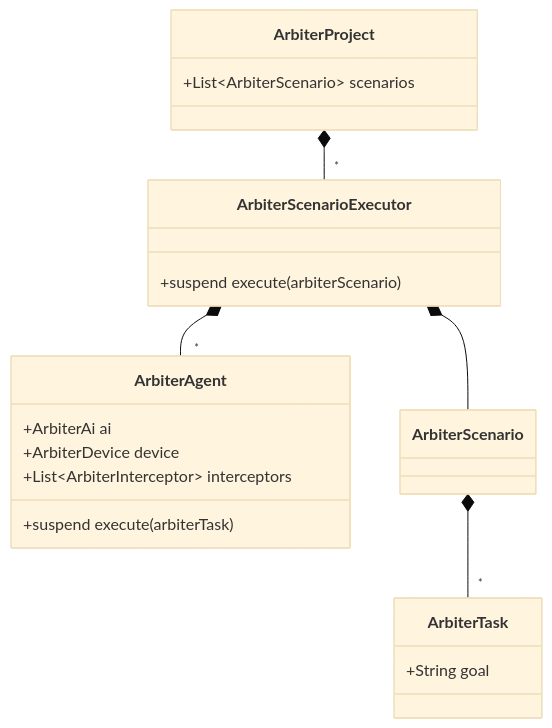
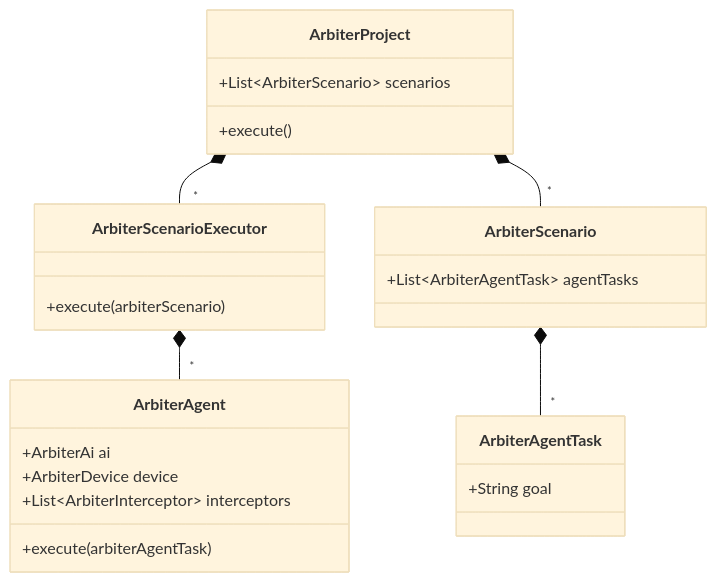
The second of 2 diagrams in README.md (takahirom/arbigent), drawn with Mermaid (base theme) before and after one commit. The commit also changed other lines of this file, not shown here.

Commit message:
Add images

````diff
--- a/README.md
+++ b/README.md
@@ -78,23 +86,27 @@
 ```mermaid
 classDiagram
   direction TB
   class ArbiterProject {
     +List~ArbiterScenario~ scenarios
+    +execute()
   }
-  class ArbiterTask {
+  class ArbiterAgentTask {
     +String goal
   }
   class ArbiterAgent {
     +ArbiterAi ai
     +ArbiterDevice device
     +List~ArbiterInterceptor~ interceptors
-    +suspend execute(arbiterTask)
+    +execute(arbiterAgentTask)
   }
   class ArbiterScenarioExecutor {
-    +suspend execute(arbiterScenario)
+    +execute(arbiterScenario)
+  }
+  class ArbiterScenario {
+    +List~ArbiterAgentTask~ agentTasks
   }
   ArbiterProject *--"*" ArbiterScenarioExecutor
-  ArbiterScenarioExecutor *-- ArbiterScenario
 ArbiterScenarioExecutor *--"*" ArbiterAgent
-ArbiterScenario *--"*" ArbiterTask
+ArbiterScenario *--"*" ArbiterAgentTask
+ArbiterProject *--"*" ArbiterScenario
 ```
````
